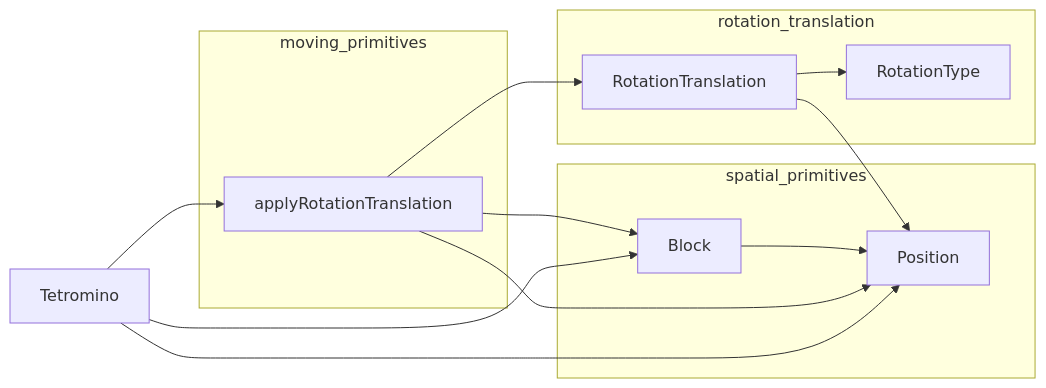
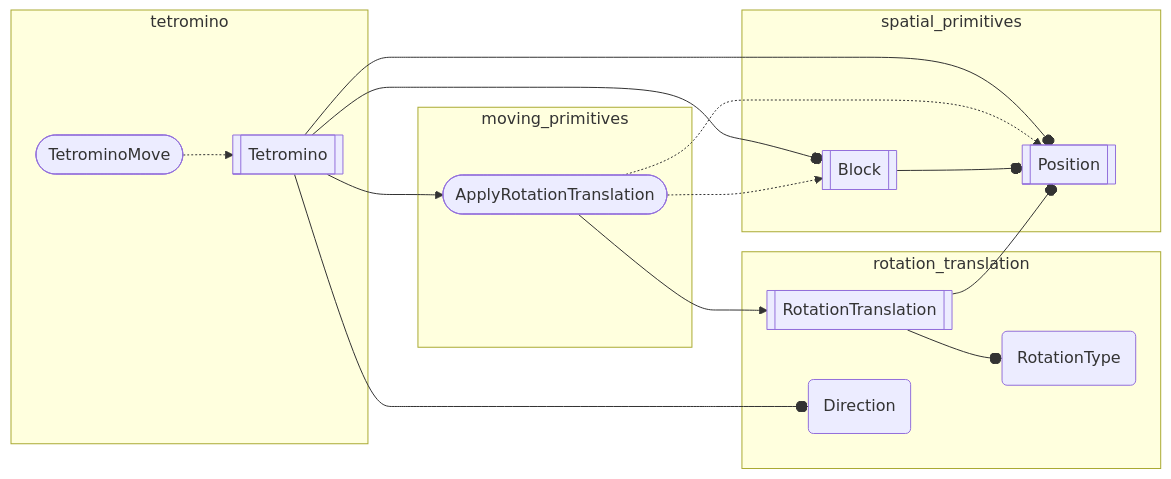
The diagram in src/app/player/back_end/flowgraph.md (inesvar/tetris), drawn with Mermaid before and after one commit. The commit also changed other lines of this file and 2 other files, not shown here.

Commit message:
Update Mermaid schematic

````diff
--- a/src/app/player/back_end/flowgraph.md
+++ b/src/app/player/back_end/flowgraph.md
@@ -1,31 +3,43 @@
 ```mermaid
 graph LR
     %% objects
-    Position[Position]
-    Block[Block]
-    RotationTranslation[RotationTranslation]
-    RotationType[RotationType]
+    Position[[Position]]
+    Block[[Block]]
+    RotationTranslation[[RotationTranslation]]
+    RotationType(RotationType)
+    Direction(Direction)
+    ApplyRotationTranslation([ApplyRotationTranslation])
+    Tetromino[[Tetromino]]
+    TetrominoMove([TetrominoMove])
 
     %% modules
     spatial_primitives[spatial_primitives]
     rotation_translation[rotation_translation]
     moving_primitives[moving_primitives]
+    tetromino[tetromino]
     
     subgraph spatial_primitives
-        Block --> Position
+        Block --o Position
     end
 
     subgraph rotation_translation
-        RotationTranslation --> RotationType
+        RotationTranslation --o RotationType
+        Direction
     end
 
-    RotationTranslation --> Position
+    RotationTranslation --o Position
 
     subgraph moving_primitives
-        applyRotationTranslation
+        ApplyRotationTranslation
     end
 
-    applyRotationTranslation --> Position & Block & RotationTranslation
+    ApplyRotationTranslation -.-> Position & Block
+    ApplyRotationTranslation --> RotationTranslation
 
-    Tetromino --> Position & Block & applyRotationTranslation
+    subgraph tetromino
+        TetrominoMove -.-> Tetromino
+    end
+
+    Tetromino --o Position & Block & Direction
+    Tetromino --> ApplyRotationTranslation
 ```
````
